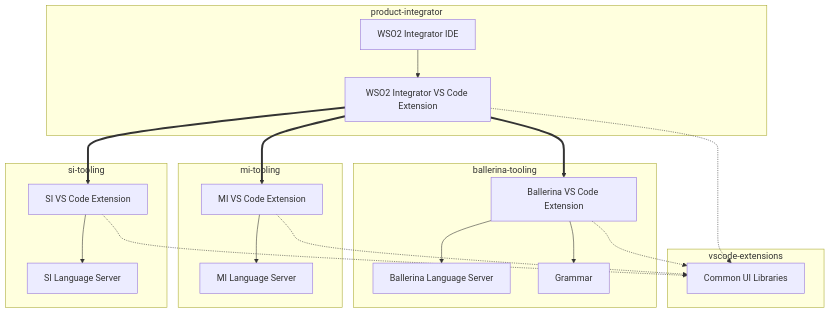
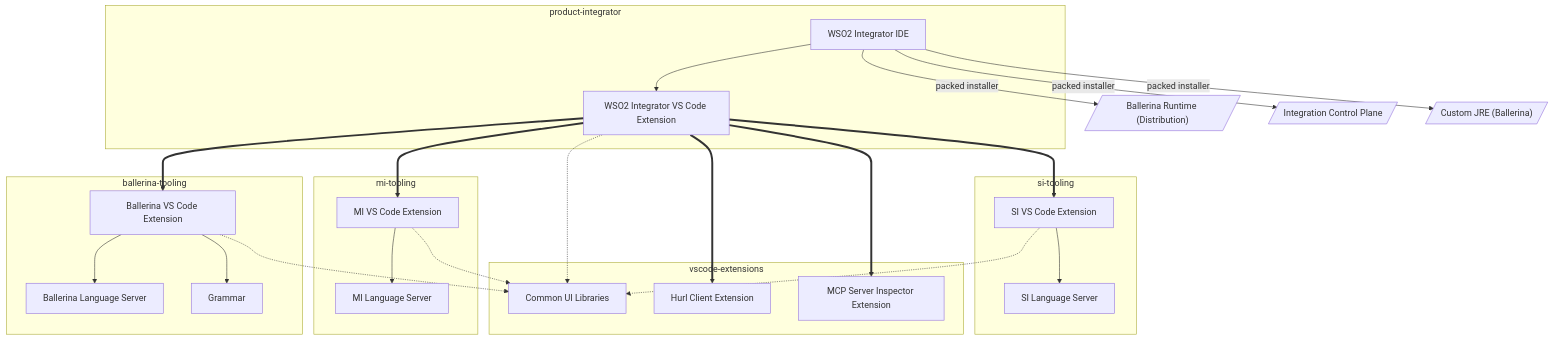
One commit to NipunaRanasinghe/wso2i-process-guides changed the diagram in docs/component-architecture.md. Above: the diagram before and after it, drawn with Mermaid. The commit also changed other lines of this file, not shown here.

Commit message:
Enhance component architecture documentation: add Hurl Client and MCP Server Inspector extensions to build-time dependency diagram

````diff
--- a/docs/component-architecture.md
+++ b/docs/component-architecture.md
@@ -40,41 +42,53 @@
 ```mermaid
 graph TB
     subgraph VSC["vscode-extensions"]
         UIT["Common UI Libraries"]
+        HC["Hurl Client Extension"]
+        MCP["MCP Server Inspector Extension"]
     end
 
     subgraph BALL["ballerina-tooling"]
         BT_LS["Ballerina Language Server"]
         BT_GR["Grammar"]
         BT_EX["Ballerina VS Code Extension"]
         BT_EX --> BT_LS
         BT_EX --> BT_GR
     end
 
     subgraph MI["mi-tooling"]
         MI_LS["MI Language Server"]
         MI_EX["MI VS Code Extension"]
         MI_EX --> MI_LS
     end
 
     subgraph SI["si-tooling"]
         SI_LS["SI Language Server"]
         SI_EX["SI VS Code Extension"]
         SI_EX --> SI_LS
     end
 
     subgraph PROD["product-integrator"]
         PI_EX["WSO2 Integrator VS Code Extension"]
         PI_IDE["WSO2 Integrator IDE"]
         PI_IDE --> PI_EX
     end
 
+    BALL_RT[/"Ballerina Runtime (Distribution)"/]
+    ICP_EXT[/"Integration Control Plane"/]
+    JRE_EXT[/"Custom JRE (Ballerina)"/]
+
     BT_EX -.-> UIT
     MI_EX -.-> UIT
     SI_EX -.-> UIT
     PI_EX -.-> UIT
 
     PI_EX ==> BT_EX
     PI_EX ==> MI_EX
     PI_EX ==> SI_EX
+    PI_EX ==> HC
+    PI_EX ==> MCP
+
+    PI_IDE -->|"packed installer"| BALL_RT
+    PI_IDE -->|"packed installer"| ICP_EXT
+    PI_IDE -->|"packed installer"| JRE_EXT
 ```
````
